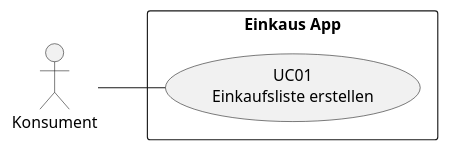
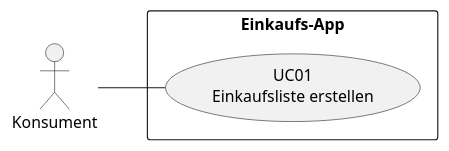
One commit to PhilipStolz/Einkaufsliste_SoSe2025 changed the diagram in documentation/use_case_map.puml. Above: the diagram before and after it, drawn with PlantUML.

Commit message:
Feature ohne Szenario (typo fixed)

```diff
--- a/documentation/use_case_map.puml
+++ b/documentation/use_case_map.puml
@@ -1,12 +1,12 @@
 @startuml
 left to right direction
 
 :Konsument: as act01
 
-rectangle "Einkaus App" {
+rectangle "Einkaufs-App" {
     "UC01\nEinkaufsliste erstellen" as (uc01)
 }
 
 act01 -- (uc01)
 
 @enduml
```
